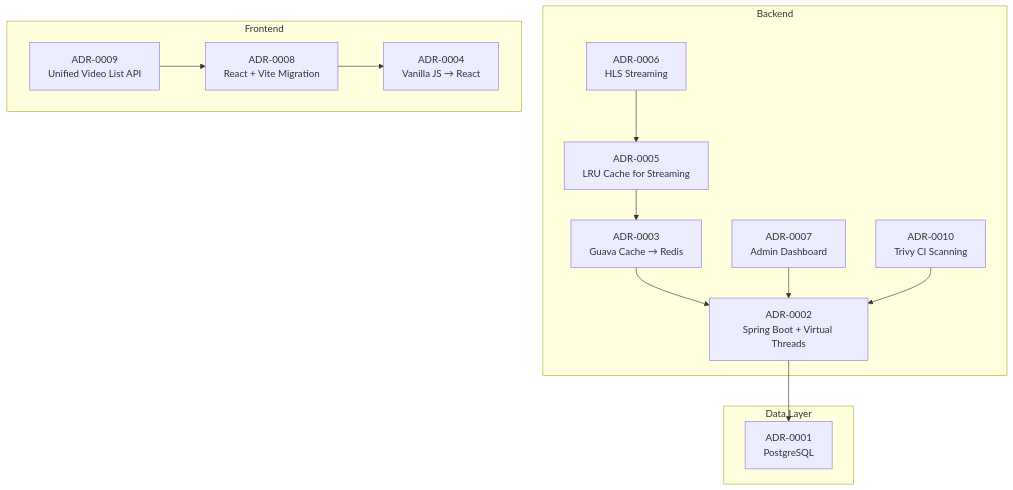
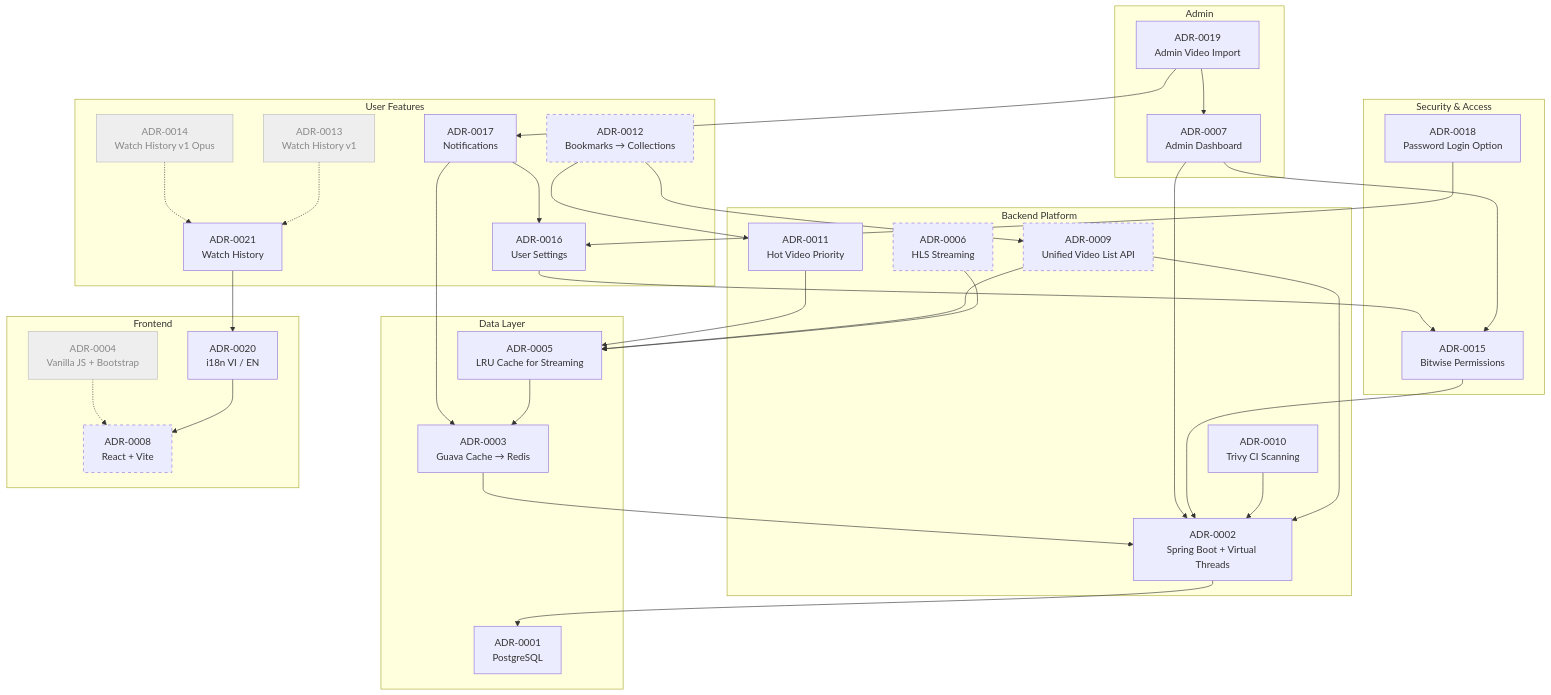
One commit to nguyenhuuca/assessment changed the diagram in docs/architecture/overview.md. Above: the diagram before and after it, drawn with Mermaid. The commit also changed other lines of this file, not shown here.

Commit message:
docs(architecture): update ADR table and Decision Map to ADR-0021
Adds ADR-0012..0021, marks superseded/proposed ADRs in the map and fixes the
ADR links (overview.md lives in docs/architecture, so they need ../adr/).

````diff
--- a/docs/architecture/overview.md
+++ b/docs/architecture/overview.md
@@ -136,30 +146,71 @@
 ```mermaid
 graph TD
     subgraph "Data Layer"
         ADR1[ADR-0001<br/>PostgreSQL]
+        ADR3[ADR-0003<br/>Guava Cache → Redis]
+        ADR5[ADR-0005<br/>LRU Cache for Streaming]
     end
 
-    subgraph "Backend"
+    subgraph "Backend Platform"
         ADR2[ADR-0002<br/>Spring Boot + Virtual Threads]
-        ADR3[ADR-0003<br/>Guava Cache → Redis]
-        ADR5[ADR-0005<br/>LRU Cache for Streaming]
         ADR6[ADR-0006<br/>HLS Streaming]
-        ADR7[ADR-0007<br/>Admin Dashboard]
+        ADR9[ADR-0009<br/>Unified Video List API]
+        ADR11[ADR-0011<br/>Hot Video Priority]
         ADR10[ADR-0010<br/>Trivy CI Scanning]
     end
 
+    subgraph "Security & Access"
+        ADR15[ADR-0015<br/>Bitwise Permissions]
+        ADR18[ADR-0018<br/>Password Login Option]
+    end
+
+    subgraph "Admin"
+        ADR7[ADR-0007<br/>Admin Dashboard]
+        ADR19[ADR-0019<br/>Admin Video Import]
+    end
+
+    subgraph "User Features"
+        ADR12[ADR-0012<br/>Bookmarks → Collections]
+        ADR13[ADR-0013<br/>Watch History v1]
+        ADR14[ADR-0014<br/>Watch History v1 Opus]
+        ADR21[ADR-0021<br/>Watch History]
+        ADR16[ADR-0016<br/>User Settings]
+        ADR17[ADR-0017<br/>Notifications]
+    end
+
     subgraph "Frontend"
-        ADR4[ADR-0004<br/>Vanilla JS → React]
-        ADR8[ADR-0008<br/>React + Vite Migration]
-        ADR9[ADR-0009<br/>Unified Video List API]
+        ADR4[ADR-0004<br/>Vanilla JS + Bootstrap]
+        ADR8[ADR-0008<br/>React + Vite]
+        ADR20[ADR-0020<br/>i18n VI / EN]
     end
 
     ADR2 --> ADR1
     ADR3 --> ADR2
     ADR5 --> ADR3
     ADR6 --> ADR5
+    ADR9 --> ADR2
+    ADR9 --> ADR5
+    ADR11 --> ADR5
+    ADR10 --> ADR2
+    ADR15 --> ADR2
     ADR7 --> ADR2
-    ADR8 --> ADR4
-    ADR9 --> ADR8
-    ADR10 --> ADR2
+    ADR7 --> ADR15
+    ADR19 --> ADR7
+    ADR19 --> ADR17
+    ADR12 --> ADR9
+    ADR12 --> ADR11
+    ADR16 --> ADR15
+    ADR17 --> ADR3
+    ADR17 --> ADR16
+    ADR18 --> ADR16
+    ADR21 --> ADR20
+    ADR20 --> ADR8
+    ADR4 -.-> ADR8
+    ADR13 -.-> ADR21
+    ADR14 -.-> ADR21
+
+    classDef proposed stroke-dasharray: 5 5
+    classDef superseded fill:#eee,color:#888,stroke:#bbb
+    class ADR6,ADR8,ADR9,ADR12 proposed
+    class ADR4,ADR13,ADR14 superseded
 ```
````
